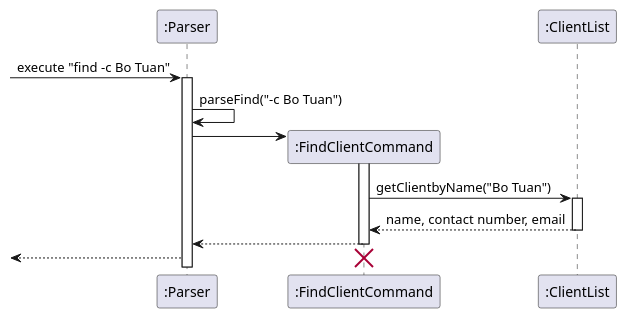
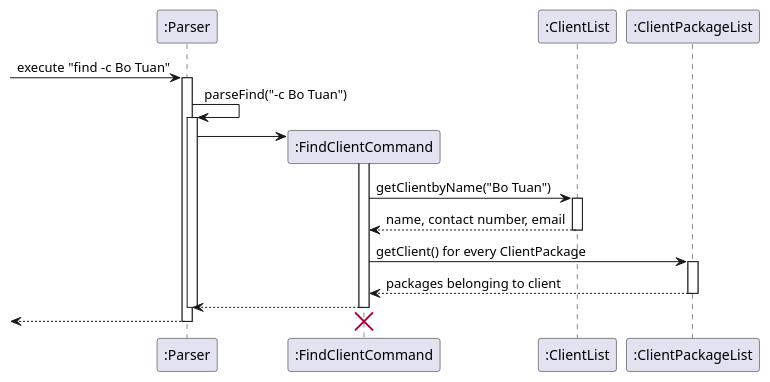
Before and after one commit to nus-cs2113-AY2122S1/tp: the diagram in src/main/java/seedu/uml/FindClientTest.puml, drawn with PlantUML. The commit also changed 9 other files, not shown here.

Commit message:
Added Ui component in UG, minor changes to UML diagrams

```diff
--- a/src/main/java/seedu/uml/FindClientTest.puml
+++ b/src/main/java/seedu/uml/FindClientTest.puml
@@ -1,29 +1,35 @@
 @startuml
 
 participant ":Parser" as Parser
 participant ":FindClientCommand" as FCC
 participant ":ClientList" as ClientList
-
+participant ":ClientPackageList" as ClientPackageList
 
 
 -> Parser: execute "find -c Bo Tuan"
 activate Parser
 Parser -> Parser : parseFind("-c Bo Tuan")
+activate Parser
 
 create FCC
 Parser -> FCC
 activate FCC
 
 FCC -> ClientList : getClientbyName("Bo Tuan")
 activate ClientList
 ClientList --> FCC : name, contact number, email
 deactivate ClientList
 
-
+FCC -> ClientPackageList : getClient() for every ClientPackage
+activate ClientPackageList
+ClientPackageList --> FCC : packages belonging to client
+deactivate ClientPackageList
 
 FCC --> Parser
+deactivate Parser
 deactivate FCC
 <-- Parser
+deactivate Parser
 destroy FCC
 
 @enduml
```
